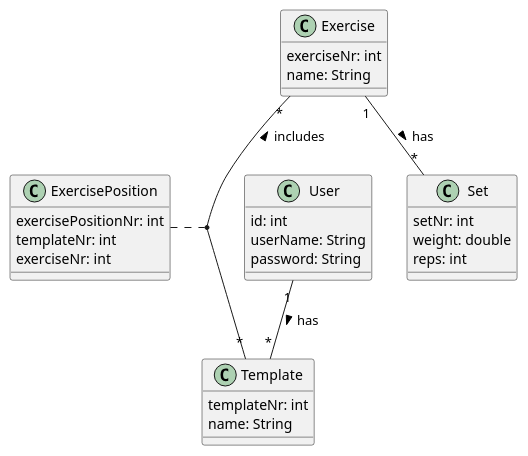
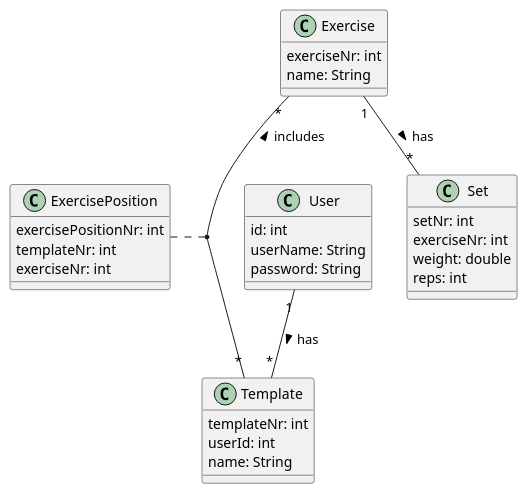
The diagram in plantuml/cld.puml (ab321/stayfit), drawn with PlantUML before and after one commit. The commit also changed 125 other files, not shown here.

```diff
--- a/plantuml/cld.puml
+++ b/plantuml/cld.puml
@@ -1,35 +1,37 @@
 @startuml
 class Exercise {
 exerciseNr: int
 name: String
 }
 
 class Template {
 templateNr: int
+userId: int
 name: String
 }
 
 class Set {
 setNr: int
+exerciseNr: int
 weight: double
 reps: int
 }
 
 class ExercisePosition {
 exercisePositionNr: int
 templateNr: int
 exerciseNr: int
 }
 
 class User {
 id: int
 userName: String
 password: String
 }
 
 Exercise "1" -- "*" Set : > has
 Exercise "*" -- "*" Template : < includes
 User "1" -- "*" Template : > has
 
 ExercisePosition .. (Exercise, Template)
 @enduml
```
